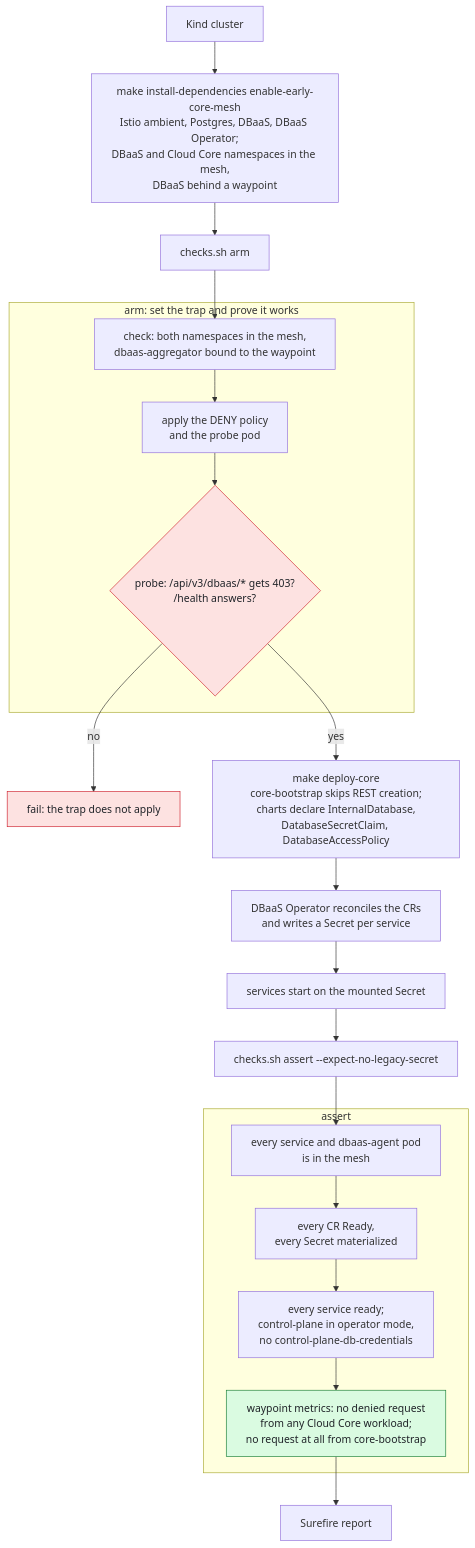
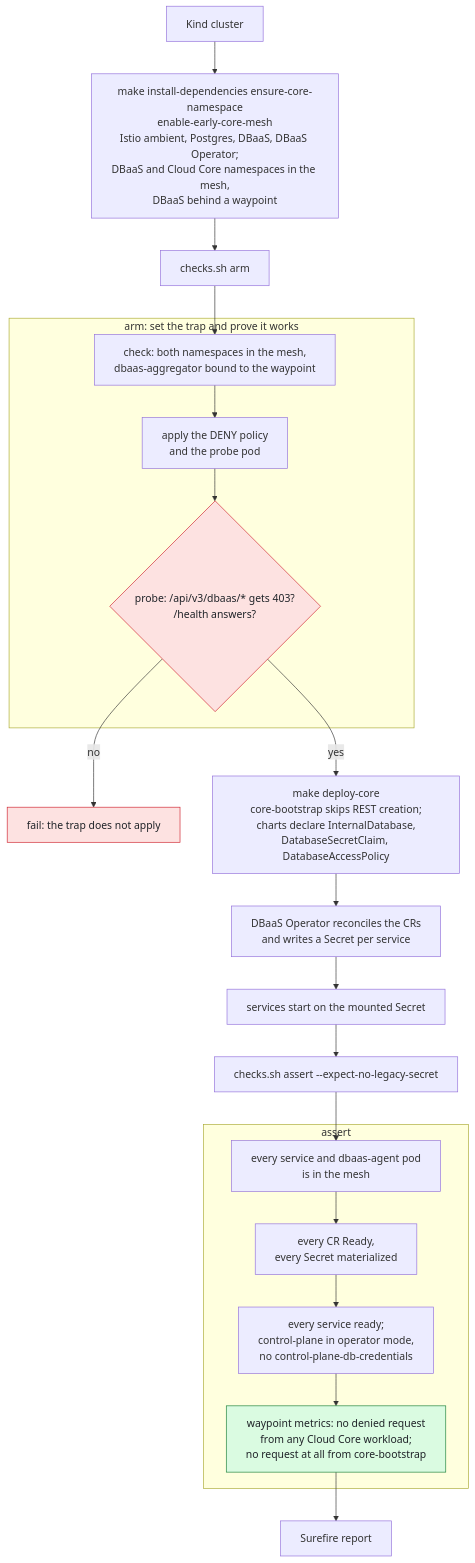
One commit to Netcracker/qubership-core-test-apps changed the second of 3 diagrams in dbaas-operator-tests/README.md. Above: the diagram before and after it, drawn with Mermaid. The commit also changed other lines of this file and 1 other file, not shown here.

````diff
--- a/dbaas-operator-tests/README.md
+++ b/dbaas-operator-tests/README.md
@@ -89,32 +90,32 @@
 ```mermaid
 %%{init: {"flowchart": {"wrappingWidth": 320}}}%%
 flowchart TD
-    A["Kind cluster"] --> B["make install-dependencies enable-early-core-mesh<br/>Istio ambient, Postgres, DBaaS, DBaaS Operator;<br/>DBaaS and Cloud Core namespaces in the mesh,<br/>DBaaS behind a waypoint"]
+    A["Kind cluster"] --> B["make install-dependencies ensure-core-namespace<br/>enable-early-core-mesh<br/>Istio ambient, Postgres, DBaaS, DBaaS Operator;<br/>DBaaS and Cloud Core namespaces in the mesh,<br/>DBaaS behind a waypoint"]
     B --> C["checks.sh arm"]
 
     subgraph arm["arm: set the trap and prove it works"]
         C1["check: both namespaces in the mesh,<br/>dbaas-aggregator bound to the waypoint"] --> C3["apply the DENY policy<br/>and the probe pod"]
         C3 --> C4{"probe: /api/v3/dbaas/* gets 403?<br/>/health answers?"}
     end
 
     C --> C1
     C4 -- "no" --> F1["fail: the trap does not apply"]
     C4 -- "yes" --> D["make deploy-core<br/>core-bootstrap skips REST creation;<br/>charts declare InternalDatabase,<br/>DatabaseSecretClaim, DatabaseAccessPolicy"]
     D --> E["DBaaS Operator reconciles the CRs<br/>and writes a Secret per service"]
     E --> G["services start on the mounted Secret"]
     G --> H["checks.sh assert --expect-no-legacy-secret"]
 
     subgraph assert["assert"]
         H1["every service and dbaas-agent pod<br/>is in the mesh"] --> H2["every CR Ready,<br/>every Secret materialized"]
         H2 --> H3["every service ready;<br/>control-plane in operator mode,<br/>no control-plane-db-credentials"]
         H3 --> H4["waypoint metrics: no denied request<br/>from any Cloud Core workload;<br/>no request at all from core-bootstrap"]
     end
 
     H --> H1
     H4 --> R["Surefire report"]
 
     classDef trap fill:#fde2e1,stroke:#cf222e,color:#1f2328
     classDef proof fill:#dafbe1,stroke:#1a7f37,color:#1f2328
     class C4,F1 trap
     class H4 proof
 ```
````
